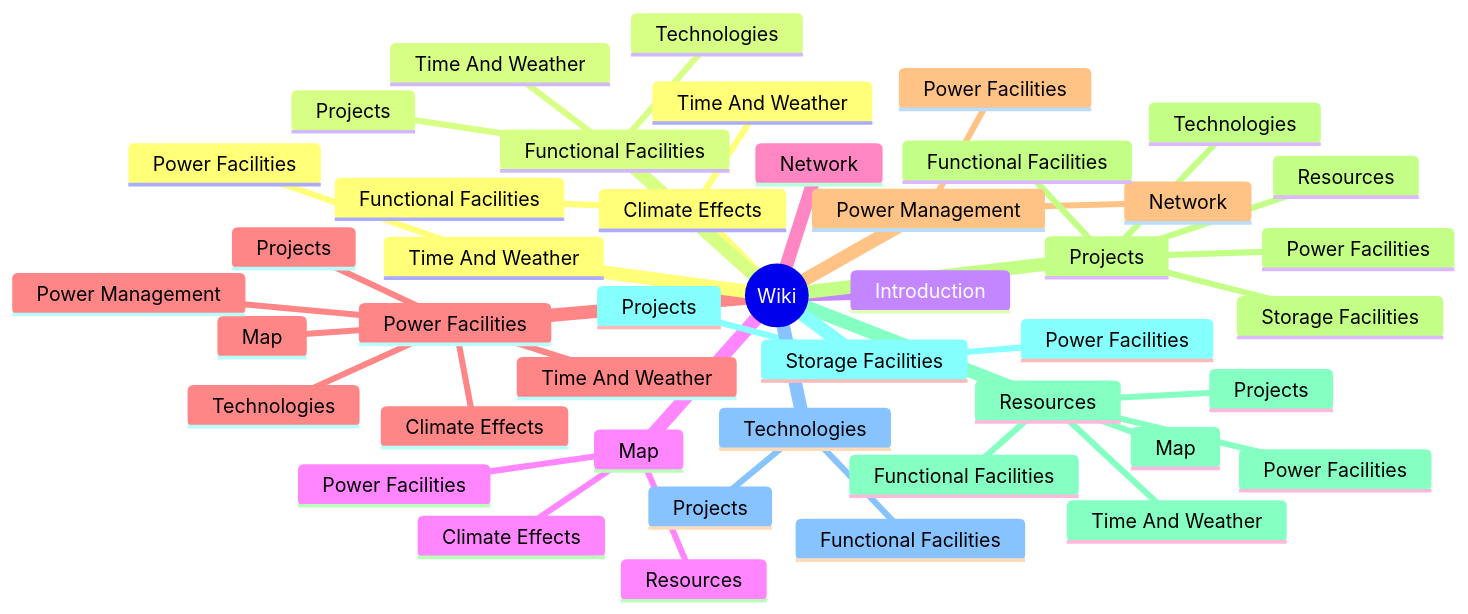
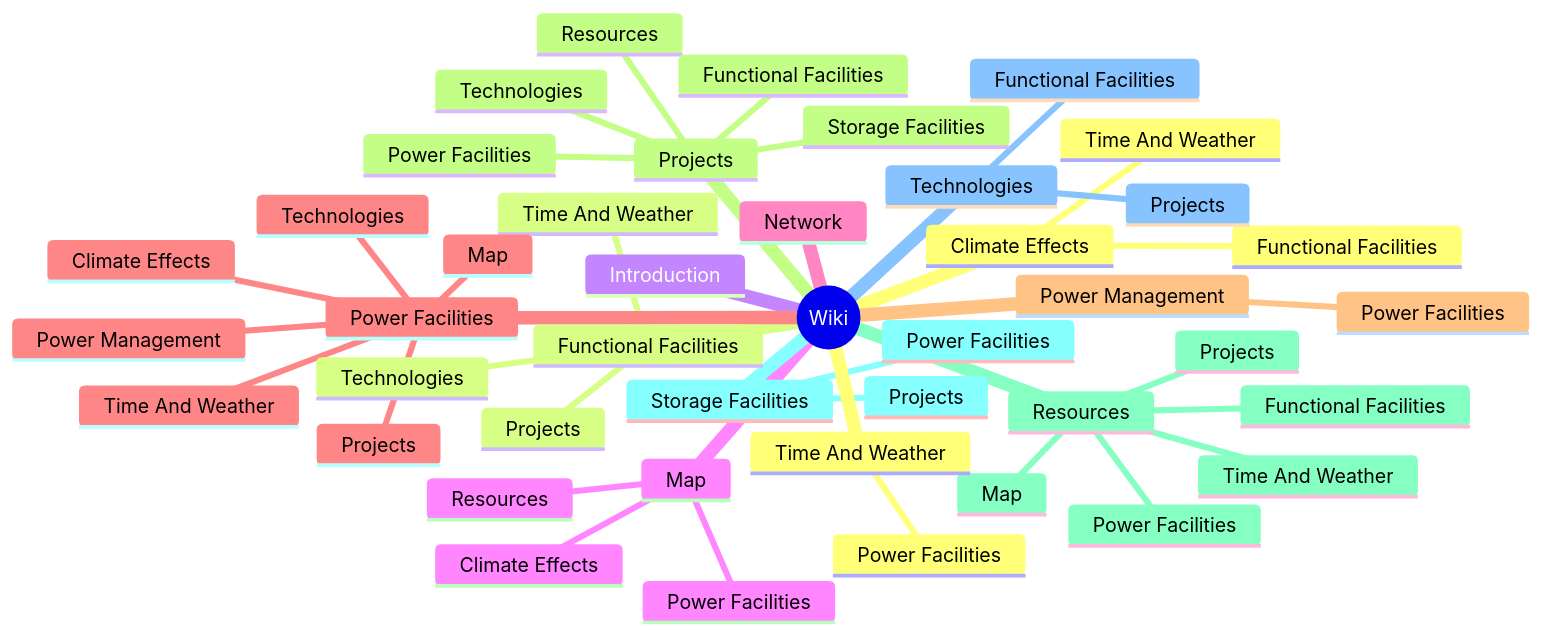
The second of 2 diagrams in wiki-links.md (felixvonsamson/Energetica), drawn with Mermaid before and after one commit. The commit also changed other lines of this file and 105 other files, not shown here.

````diff
--- a/wiki-links.md
+++ b/wiki-links.md
@@ -108,47 +117,46 @@
 ```mermaid
 mindmap
   root((Wiki))
     Climate Effects
       Functional Facilities
       Time And Weather
     Functional Facilities
       Projects
       Time And Weather
       Technologies
     Introduction
     Map
       Power Facilities
       Resources
       Climate Effects
     Network
     Power Facilities
       Technologies
       Projects
       Time And Weather
       Map
       Power Management
       Climate Effects
     Power Management
       Power Facilities
-      Network
     Projects
       Power Facilities
       Storage Facilities
       Resources
       Functional Facilities
       Technologies
     Resources
       Map
       Power Facilities
       Functional Facilities
       Projects
       Time And Weather
     Storage Facilities
       Projects
       Power Facilities
     Technologies
       Functional Facilities
       Projects
     Time And Weather
       Power Facilities
 ```
````
